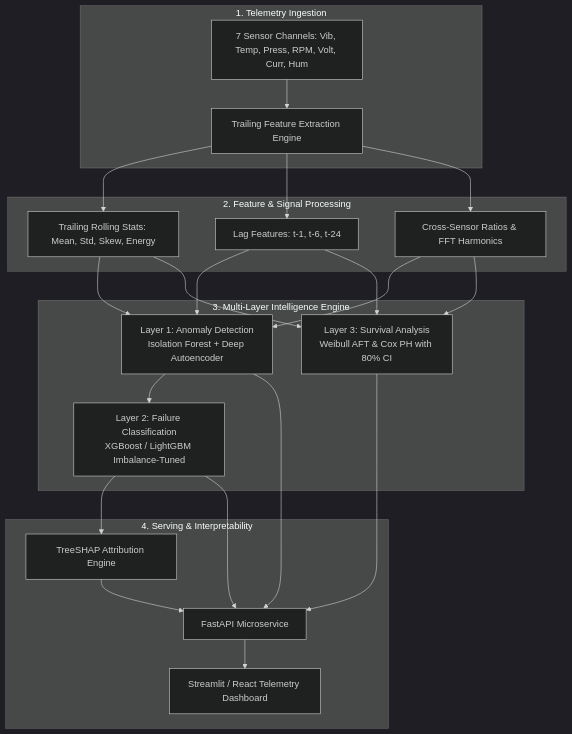
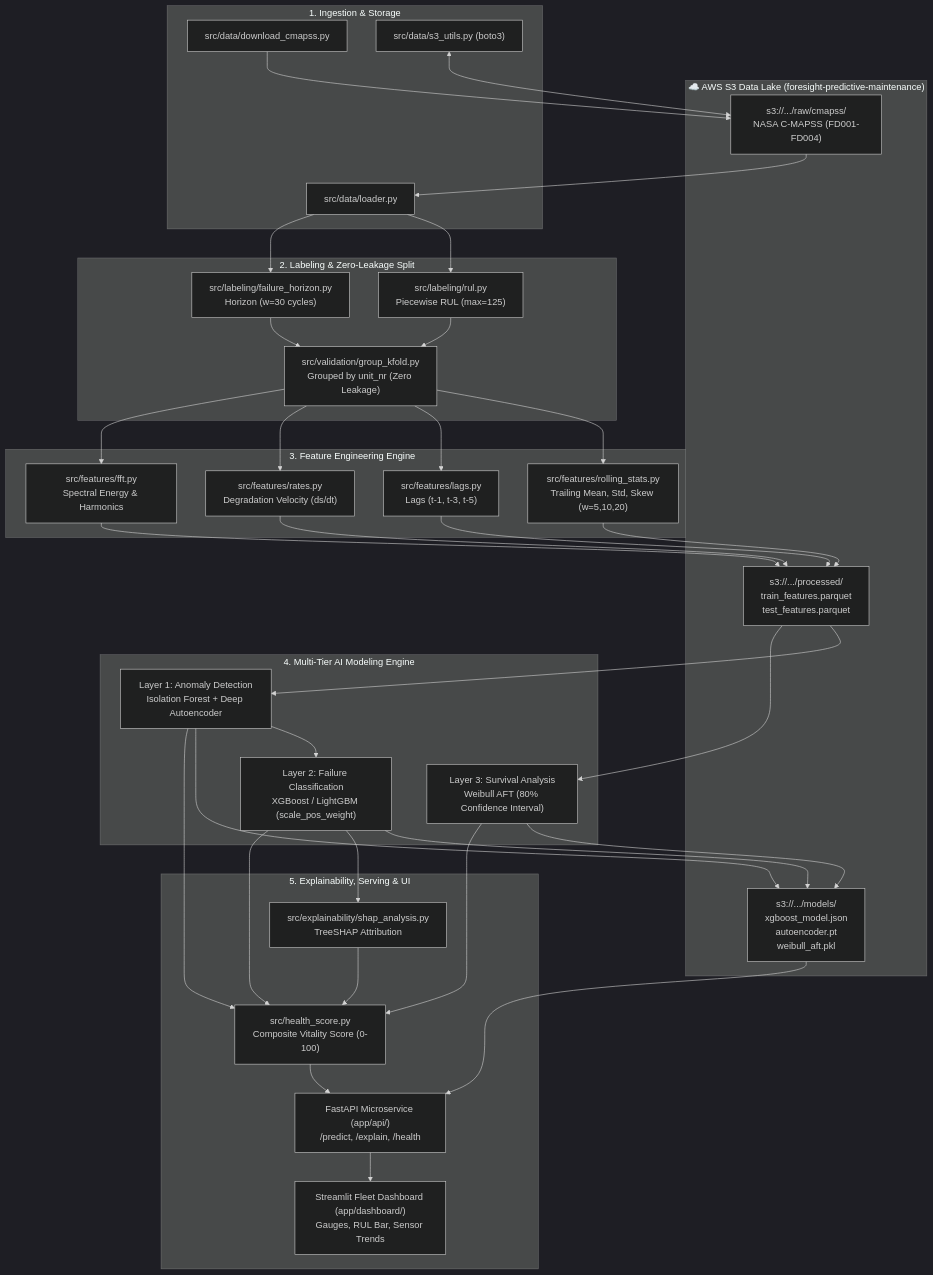
Before and after one commit to Pushkarmehra/Foresight: the diagram in docs/architecture.md, drawn with Mermaid (dark theme). The commit also changed other lines of this file and 21 other files, not shown here.

````diff
--- a/docs/architecture.md
+++ b/docs/architecture.md
@@ -5,24 +9,42 @@
 ```mermaid
 flowchart TD
-    subgraph Data["1. Telemetry Ingestion"]
-        S[7 Sensor Channels: Vib, Temp, Press, RPM, Volt, Curr, Hum] --> B[Trailing Feature Extraction Engine]
+    subgraph S3["☁️ AWS S3 Data Lake (foresight-predictive-maintenance)"]
+        S3_RAW["s3://.../raw/cmapss/<br/>NASA C-MAPSS (FD001-FD004)"]
+        S3_PROC["s3://.../processed/<br/>train_features.parquet<br/>test_features.parquet"]
+        S3_MOD["s3://.../models/<br/>xgboost_model.json<br/>autoencoder.pt<br/>weibull_aft.pkl"]
     end
 
-    subgraph Features["2. Feature & Signal Processing"]
-        B --> F1[Trailing Rolling Stats: Mean, Std, Skew, Energy]
-        B --> F2[Lag Features: t-1, t-6, t-24]
-        B --> F3[Cross-Sensor Ratios & FFT Harmonics]
+    subgraph Phase1["1. Ingestion & Storage"]
+        DL["src/data/download_cmapss.py"] --> S3_RAW
+        S3_UTILS["src/data/s3_utils.py (boto3)"] <--> S3_RAW
+        S3_RAW --> LOAD["src/data/loader.py"]
     end
 
-    subgraph Modeling["3. Multi-Layer Intelligence Engine"]
-        F1 & F2 & F3 --> L1[Layer 1: Anomaly Detection<br/>Isolation Forest + Deep Autoencoder]
-        L1 --> L2[Layer 2: Failure Classification<br/>XGBoost / LightGBM Imbalance-Tuned]
-        F1 & F2 & F3 --> L3[Layer 3: Survival Analysis<br/>Weibull AFT & Cox PH with 80% CI]
+    subgraph Phase2["2. Labeling & Zero-Leakage Split"]
+        LOAD --> RUL["src/labeling/rul.py<br/>Piecewise RUL (max=125)"]
+        LOAD --> FH["src/labeling/failure_horizon.py<br/>Horizon (w=30 cycles)"]
+        RUL & FH --> GKF["src/validation/group_kfold.py<br/>Grouped by unit_nr (Zero Leakage)"]
     end
 
-    subgraph Serving["4. Serving & Interpretability"]
-        L2 --> SHAP[TreeSHAP Attribution Engine]
-        L1 & L2 & L3 & SHAP --> API[FastAPI Microservice]
-        API --> UI[Streamlit / React Telemetry Dashboard]
+    subgraph Phase3["3. Feature Engineering Engine"]
+        GKF --> ROLL["src/features/rolling_stats.py<br/>Trailing Mean, Std, Skew (w=5,10,20)"]
+        GKF --> LAGS["src/features/lags.py<br/>Lags (t-1, t-3, t-5)"]
+        GKF --> RATES["src/features/rates.py<br/>Degradation Velocity (ds/dt)"]
+        GKF --> FFT["src/features/fft.py<br/>Spectral Energy & Harmonics"]
+        ROLL & LAGS & RATES & FFT --> S3_PROC
+    end
+
+    subgraph Phase4["4. Multi-Tier AI Modeling Engine"]
+        S3_PROC --> L1["Layer 1: Anomaly Detection<br/>Isolation Forest + Deep Autoencoder"]
+        L1 --> L2["Layer 2: Failure Classification<br/>XGBoost / LightGBM (scale_pos_weight)"]
+        S3_PROC --> L3["Layer 3: Survival Analysis<br/>Weibull AFT (80% Confidence Interval)"]
+        L1 & L2 & L3 --> S3_MOD
+    end
+
+    subgraph Phase5["5. Explainability, Serving & UI"]
+        L2 --> SHAP["src/explainability/shap_analysis.py<br/>TreeSHAP Attribution"]
+        SHAP & L1 & L2 & L3 --> HEALTH["src/health_score.py<br/>Composite Vitality Score (0-100)"]
+        S3_MOD & HEALTH --> API["FastAPI Microservice (app/api/)<br/>/predict, /explain, /health"]
+        API --> UI["Streamlit Fleet Dashboard (app/dashboard/)<br/>Gauges, RUL Bar, Sensor Trends"]
     end
 ```
````
